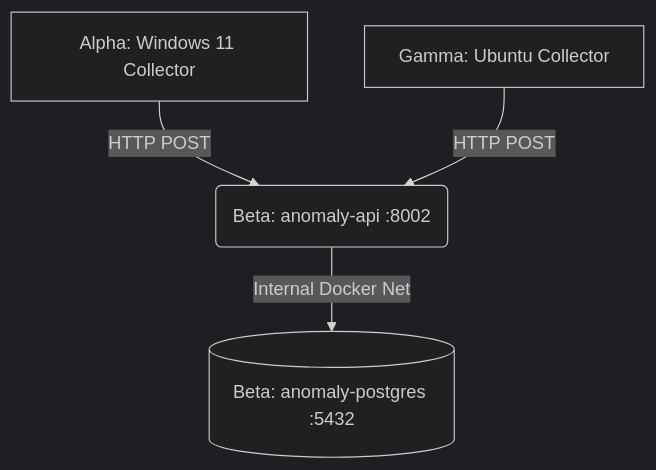
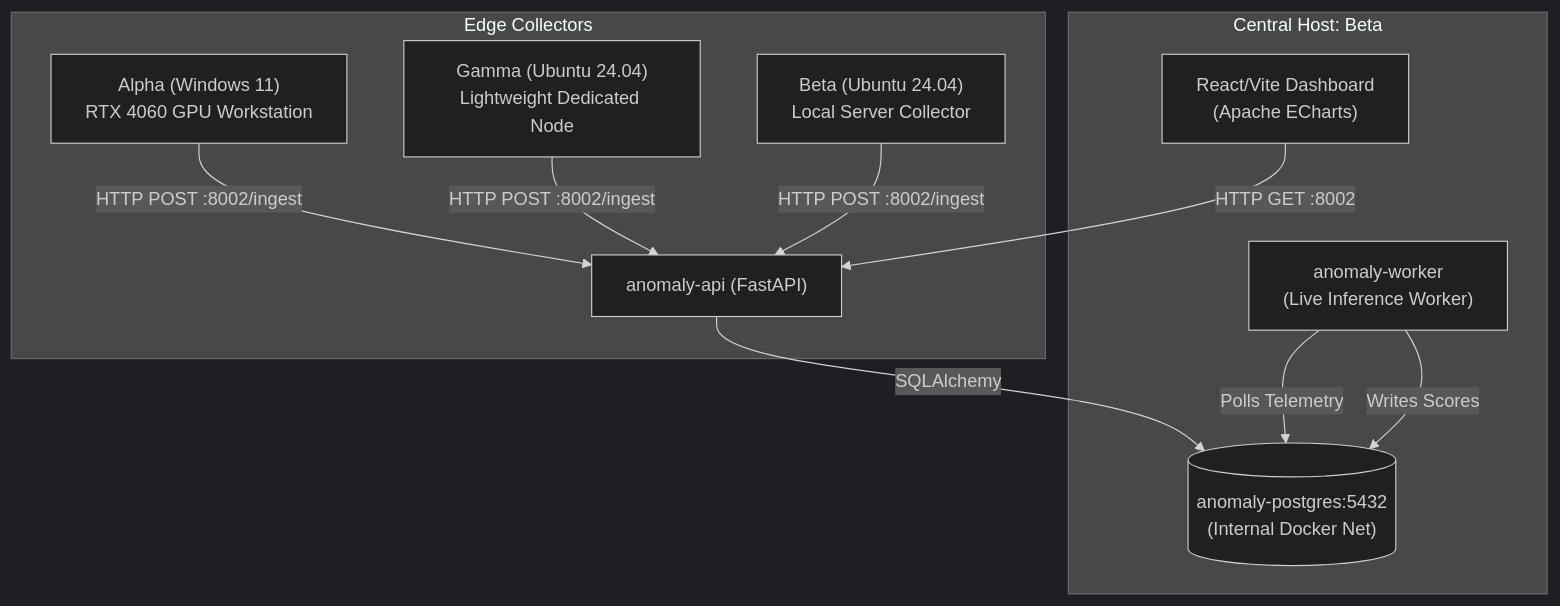
One commit to Chetas-M/homelab-anomaly-agent changed the diagram in readme.md. Above: the diagram before and after it, drawn with Mermaid (dark theme). The commit also changed other lines of this file and 1 other file, not shown here.

````diff
--- a/readme.md
+++ b/readme.md
@@ -10,6 +11,15 @@
 ```mermaid
 graph TD
-    A[Alpha: Windows 11 Collector] -->|HTTP POST| B(Beta: anomaly-api :8002)
-    C[Gamma: Ubuntu Collector] -->|HTTP POST| B
-    B -->|Internal Docker Net| D[(Beta: anomaly-postgres :5432)]
+    subgraph Edge Collectors
+        A["Alpha (Windows 11)<br/>RTX 4060 GPU Workstation"] -->|HTTP POST :8002/ingest| B["anomaly-api (FastAPI)"]
+        G["Gamma (Ubuntu 24.04)<br/>Lightweight Dedicated Node"] -->|HTTP POST :8002/ingest| B
+        BE["Beta (Ubuntu 24.04)<br/>Local Server Collector"] -->|HTTP POST :8002/ingest| B
+    end
+
+    subgraph Central Host: Beta
+        B -->|SQLAlchemy| DB[("anomaly-postgres:5432<br/>(Internal Docker Net)")]
+        W["anomaly-worker<br/>(Live Inference Worker)"] -->|Polls Telemetry| DB
+        W -->|Writes Scores| DB
+        UI["React/Vite Dashboard<br/>(Apache ECharts)"] -->|HTTP GET :8002| B
+    end
 ```
````
